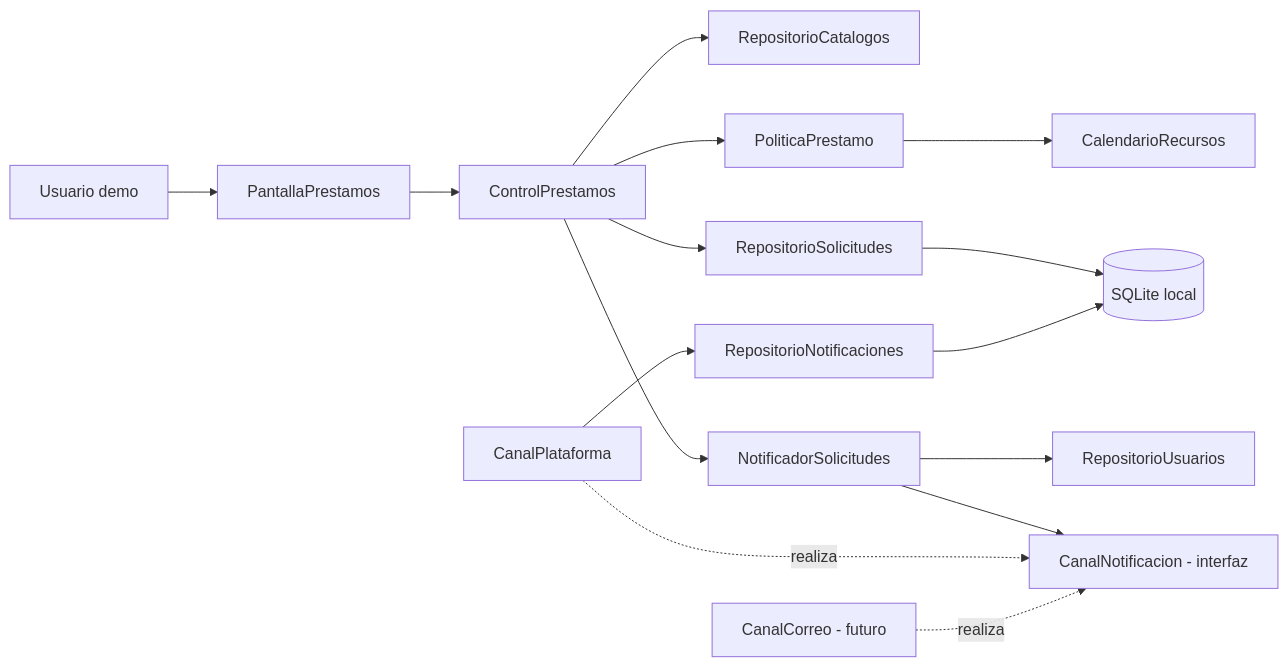
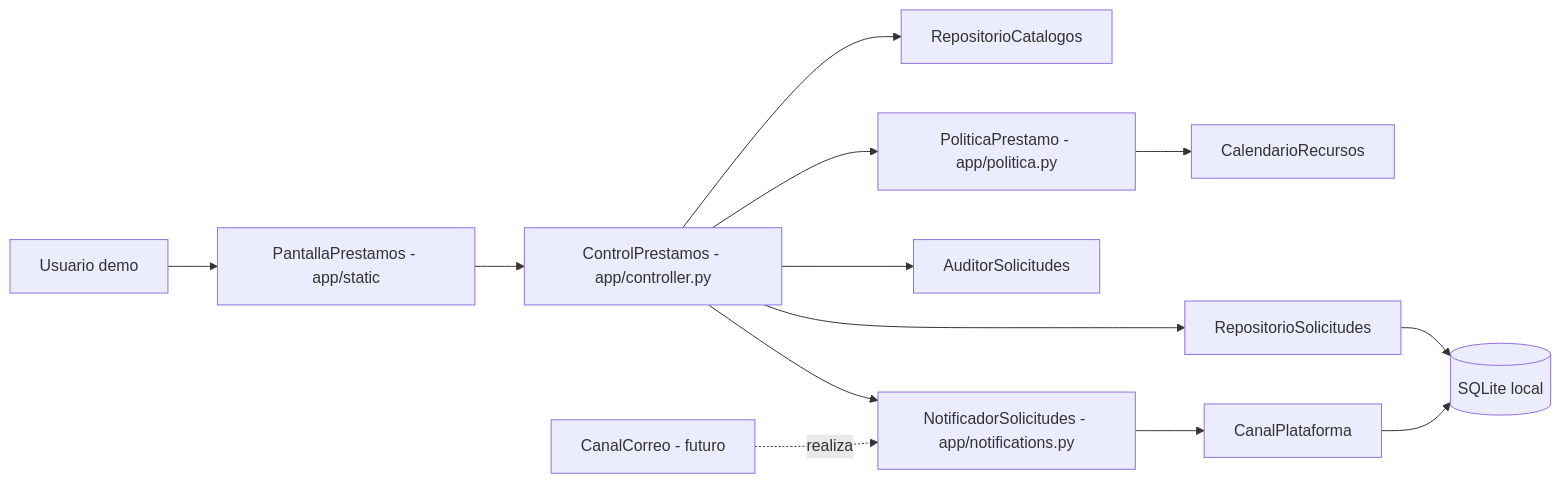
Before and after one commit to soyMat/TPI_GRUPO6_MEDIOS: the diagram in documentacion/TPI_GRUPO6_ETAPA4/RFC/RFC_CU01_APROBADO_BUILD.md, drawn with Mermaid. The commit also changed other lines of this file, not shown here.

````diff
--- a/documentacion/TPI_GRUPO6_ETAPA4/RFC/RFC_CU01_APROBADO_BUILD.md
+++ b/documentacion/TPI_GRUPO6_ETAPA4/RFC/RFC_CU01_APROBADO_BUILD.md
@@ -78,17 +75,15 @@
 ```mermaid
 flowchart LR
-    U[Usuario demo] --> W[PantallaPrestamos]
-    W --> C[ControlPrestamos]
+    U[Usuario demo] --> W[PantallaPrestamos - app/static]
+    W --> C[ControlPrestamos - app/controller.py]
     C --> CAT[RepositorioCatalogos]
-    C --> P[PoliticaPrestamo]
+    C --> P[PoliticaPrestamo - app/politica.py]
     P --> CAL[CalendarioRecursos]
+    C --> AUD[AuditorSolicitudes]
     C --> RS[RepositorioSolicitudes]
     RS --> DB[(SQLite local)]
-    C --> N[NotificadorSolicitudes]
-    N --> RU[RepositorioUsuarios]
-    N --> CN[CanalNotificacion - interfaz]
-    CP[CanalPlataforma] -. realiza .-> CN
-    CC[CanalCorreo - futuro] -. realiza .-> CN
-    CP --> RN[RepositorioNotificaciones]
-    RN --> DB
+    C --> N[NotificadorSolicitudes - app/notifications.py]
+    N --> CP[CanalPlataforma]
+    CC[CanalCorreo - futuro] -. realiza .-> N
+    CP --> DB
 ```
````
